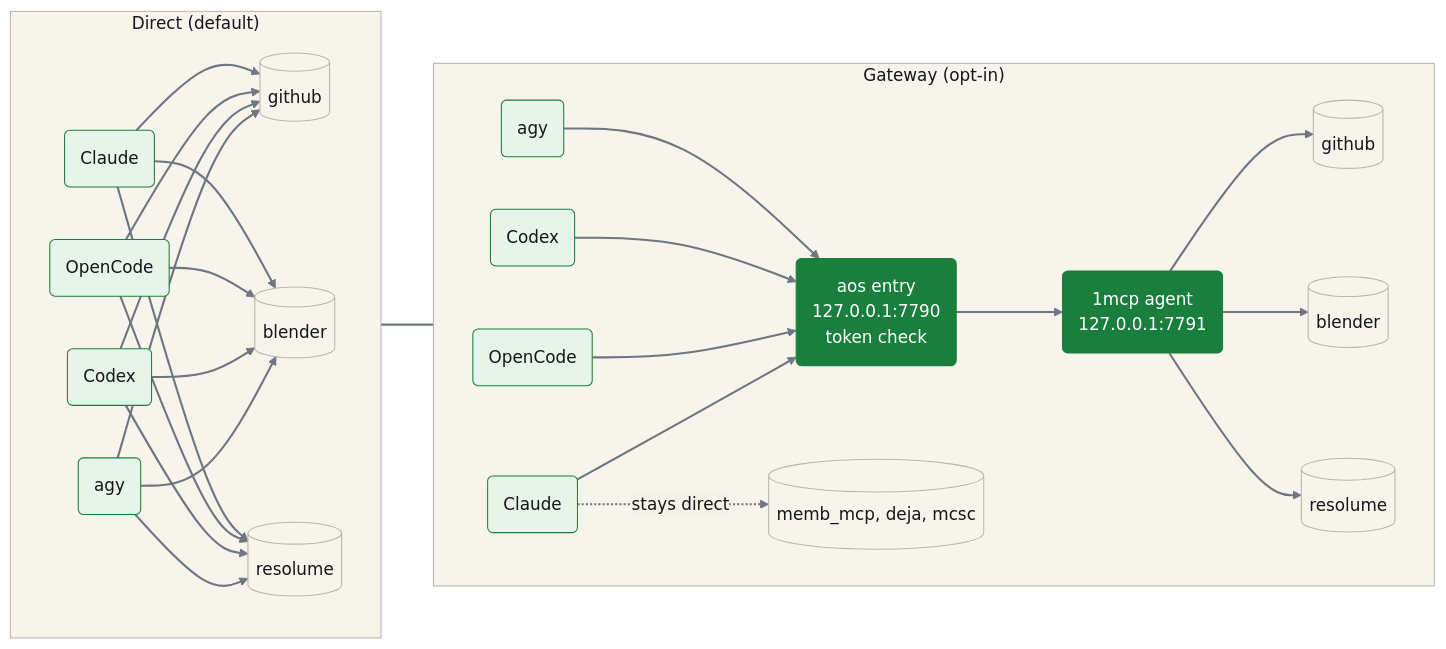
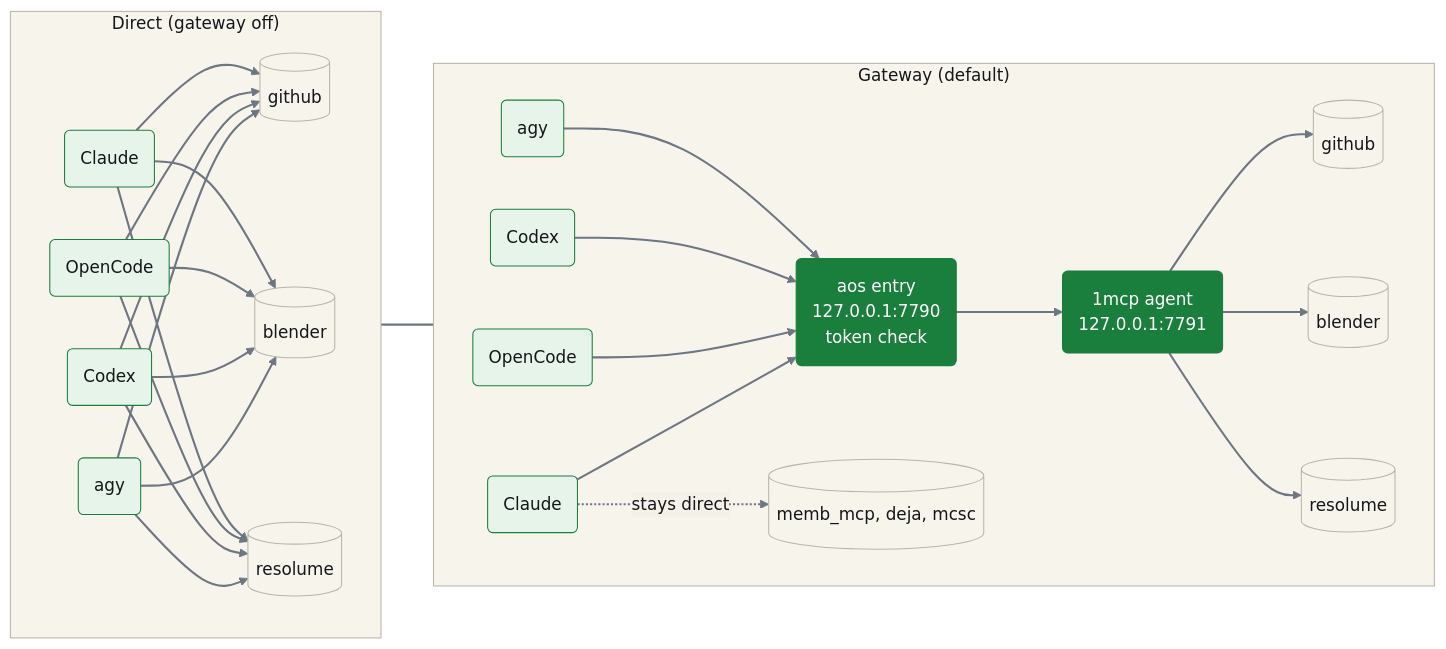
One commit to hybridlabor-api/aos changed the seventh of 11 diagrams in README.md. Above: the diagram before and after it, drawn with Mermaid. The commit also changed other lines of this file, not shown here.

````diff
--- a/README.md
+++ b/README.md
@@ -763,31 +846,31 @@
 ```mermaid
 %%{init: {"theme": "base", "themeVariables": {"lineColor": "#6e7681", "edgeLabelBackground": "#f6f1e8", "textColor": "#15171A", "clusterBkg": "#F7F4EC", "clusterBorder": "#B9B5AA", "titleColor": "#15171A", "primaryColor": "#FFFFFF", "primaryBorderColor": "#15171A", "primaryTextColor": "#15171A"}}}%%
 flowchart LR
-    subgraph D["Direct (default)"]
+    subgraph D["Direct (gateway off)"]
         direction LR
         H1("Claude") --> S1[("github")] & S2[("blender")] & S3[("resolume")]
         H2("OpenCode") --> S1 & S2 & S3
         H3("Codex") --> S1 & S2 & S3
         H4("agy") --> S1 & S2 & S3
     end
-    subgraph G["Gateway (opt-in)"]
+    subgraph G["Gateway (default)"]
         direction LR
         G1("Claude") & G2("OpenCode") & G3("Codex") & G4("agy") --> F("aos entry<br/>127.0.0.1:7790<br/>token check")
         F --> M("1mcp agent<br/>127.0.0.1:7791") --> U1[("github")] & U2[("blender")] & U3[("resolume")]
         G1 -.->|"stays direct"| X[("memb_mcp, deja, mcsc")]
     end
     D ~~~ G
 
     classDef plan fill:#E6F4EA,stroke:#1A7F3C,color:#15171A
     classDef build fill:#FFFFFF,stroke:#15171A,color:#15171A
     classDef gate fill:#1A7F3C,stroke:#1A7F3C,color:#FFFFFF
     classDef human fill:#F7F4EC,stroke:#5B6168,color:#15171A
     classDef store fill:#F7F4EC,stroke:#B9B5AA,color:#15171A
     linkStyle default stroke:#6e7681,stroke-width:2px
 
     class H1,H2,H3,H4,G1,G2,G3,G4 plan
     class S1,S2,S3,U1,U2,U3,X store
     class F,M gate
     style D fill:#F7F4EC,stroke:#B9B5AA,color:#15171A
     style G fill:#F7F4EC,stroke:#B9B5AA,color:#15171A
 ```
````
